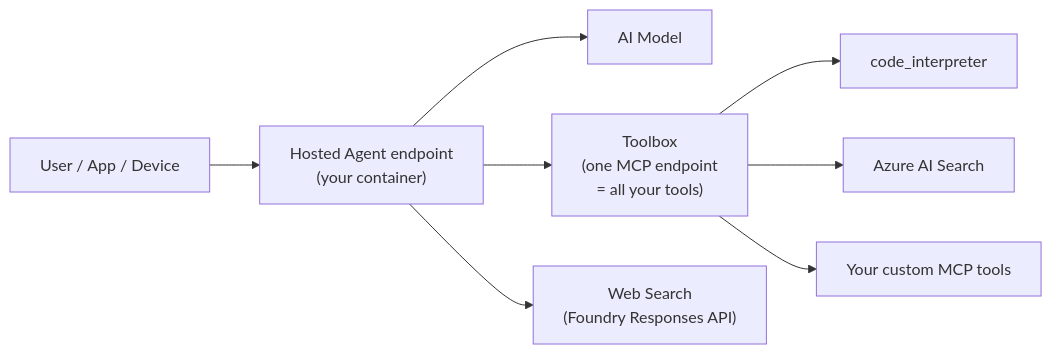
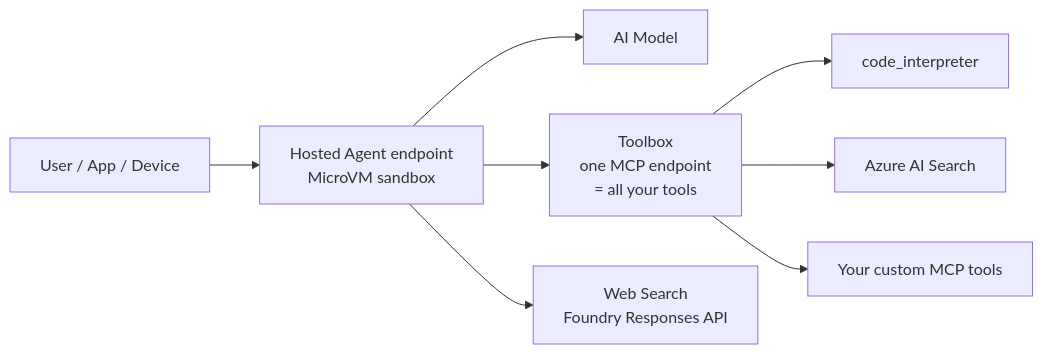
Before and after one commit to david-xinyuwei/david-share: the fourth of 5 diagrams in Agents/Foundry-Hosted-Agent-Toolbox-Demo/README.md, drawn with Mermaid. The commit also changed other lines of this file and 1 other file, not shown here.

Commit message:
Fix Mermaid text overflow + correct Hosted Agent to MicroVM (not container)

````diff
--- a/Agents/Foundry-Hosted-Agent-Toolbox-Demo/README.md
+++ b/Agents/Foundry-Hosted-Agent-Toolbox-Demo/README.md
@@ -182,10 +182,10 @@
 ```mermaid
 flowchart LR
-    User["User / App / Device"] --> Responses["Hosted Agent endpoint<br/>(your container)"]
-    Responses --> Model["AI Model"]
-    Responses --> Toolbox["Toolbox<br/>(one MCP endpoint<br/>= all your tools)"]
-    Toolbox --> CI["code_interpreter"]
-    Toolbox --> Search["Azure AI Search"]
-    Toolbox --> Custom["Your custom MCP tools"]
-    Responses --> WebSearch["Web Search<br/>(Foundry Responses API)"]
+    User["User / App / Device"] --> HA["Hosted Agent endpoint<br/>MicroVM sandbox"]
+    HA --> Model["AI Model"]
+    HA --> TB["Toolbox<br/>one MCP endpoint<br/>= all your tools"]
+    TB --> CI["code_interpreter"]
+    TB --> Search["Azure AI Search"]
+    TB --> Custom["Your custom MCP tools"]
+    HA --> WS["Web Search<br/>Foundry Responses API"]
 ```
````
